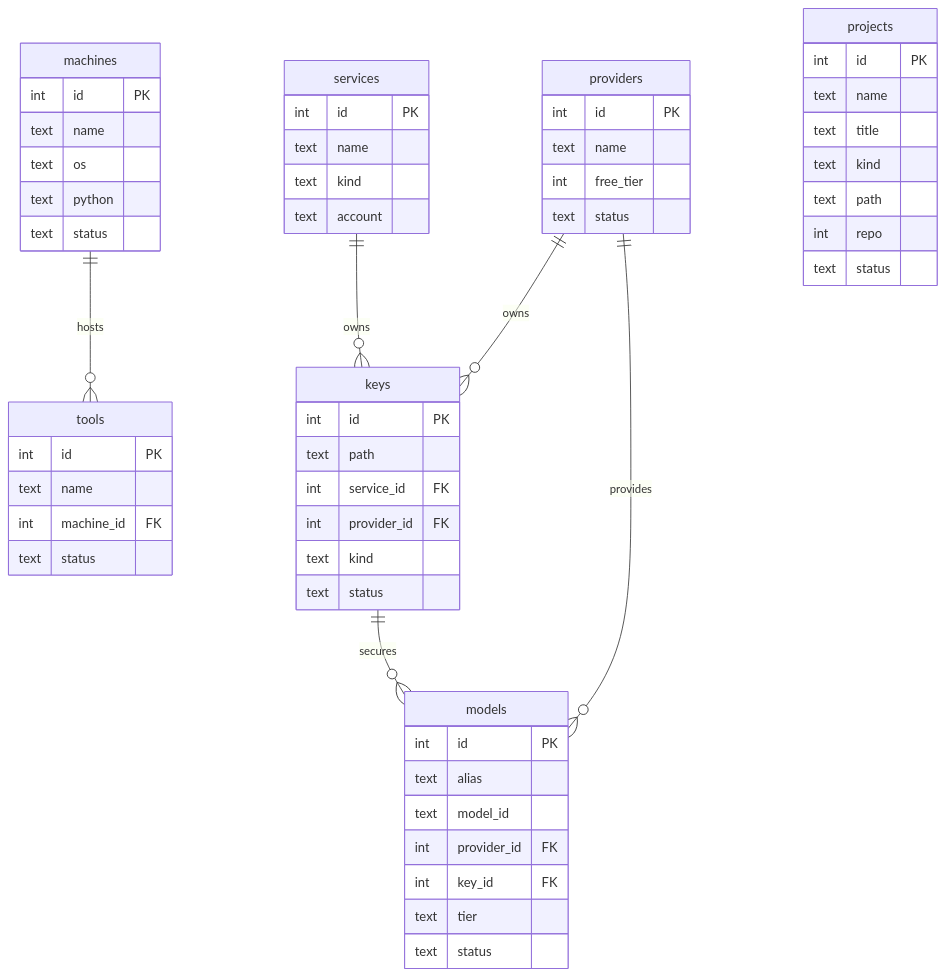
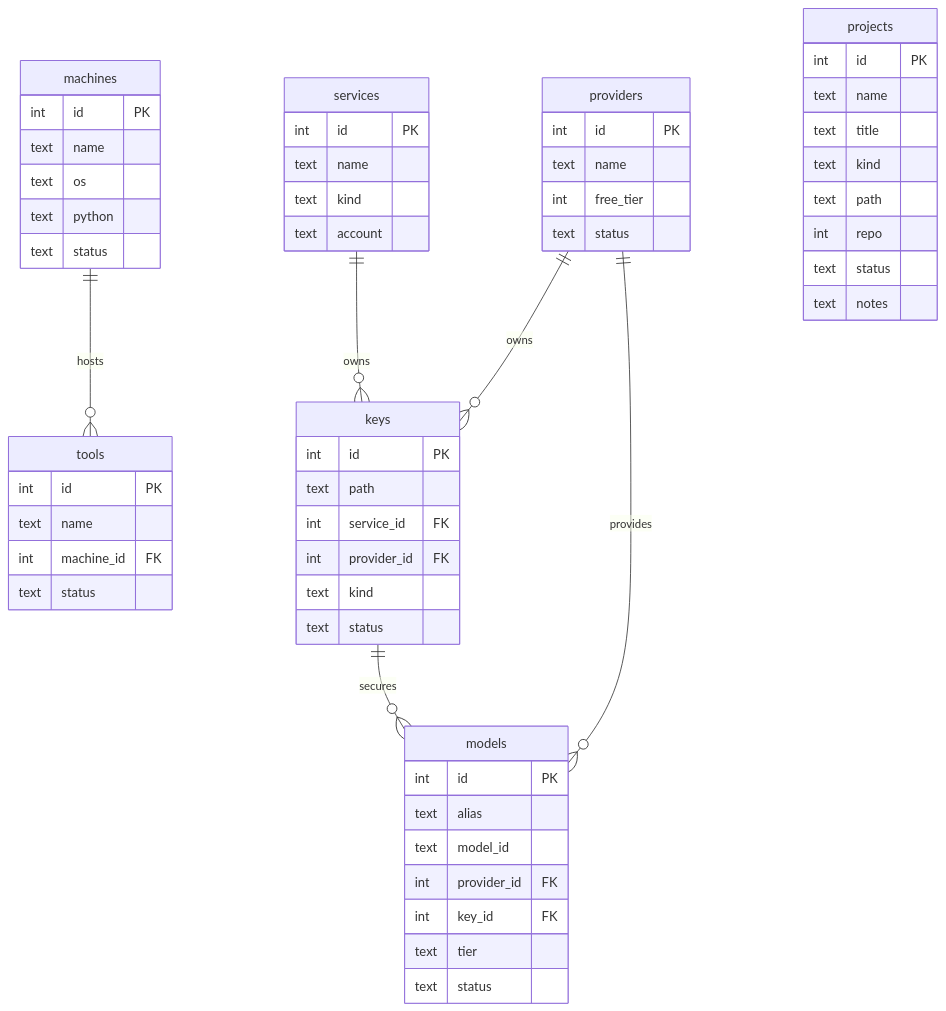
Before and after one commit to peterkokosharov/ai-first-workspace: the diagram in doc/diagrams/db-schema.mmd, drawn with Mermaid. The commit also changed 3 other files, not shown here.

```diff
--- a/doc/diagrams/db-schema.mmd
+++ b/doc/diagrams/db-schema.mmd
@@ -1,64 +1,65 @@
 erDiagram
     machines ||--o{ tools : "hosts"
     services ||--o{ keys : "owns"
     providers ||--o{ keys : "owns"
     providers ||--o{ models : "provides"
     keys ||--o{ models : "secures"
     
     machines {
         int id PK
         text name
         text os
         text python
         text status
     }
     
     services {
         int id PK
         text name
         text kind
         text account
     }
     
     providers {
         int id PK
         text name
         int free_tier
         text status
     }
     
     keys {
         int id PK
         text path
         int service_id FK
         int provider_id FK
         text kind
         text status
     }
     
     models {
         int id PK
         text alias
         text model_id
         int provider_id FK
         int key_id FK
         text tier
         text status
     }
     
     tools {
         int id PK
         text name
         int machine_id FK
         text status
     }
 
     projects {
         int id PK
         text name
         text title
         text kind
         text path
         int repo
         text status
+        text notes
     }
```
